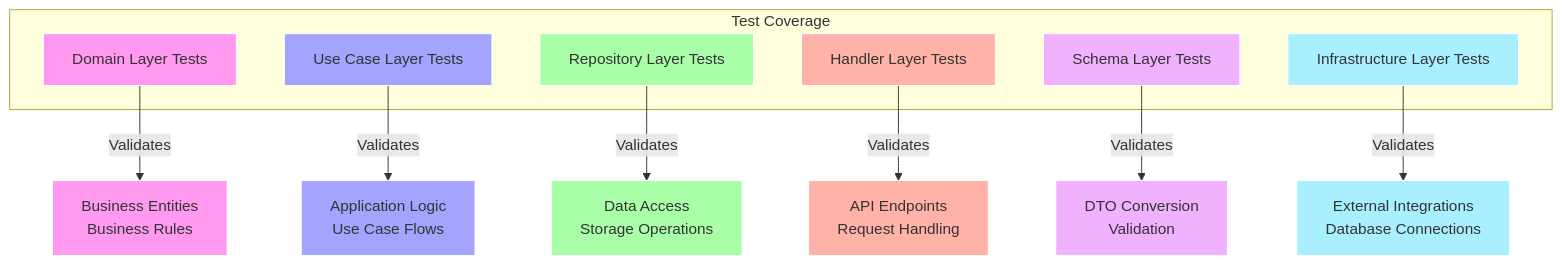
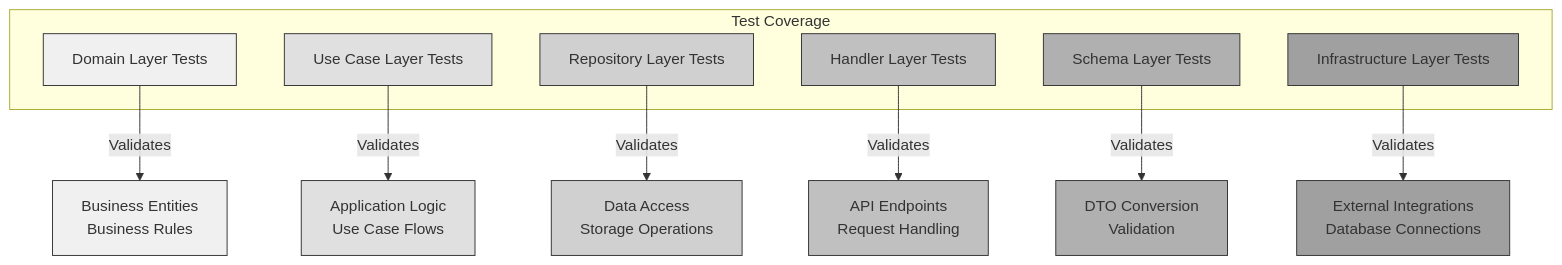
Before and after one commit to ohta-rh/go-backend-boilerplate: the fourth of 6 diagrams in README.md, drawn with Mermaid. The commit also changed other lines of this file, not shown here.

````diff
--- a/README.md
+++ b/README.md
@@ -195,32 +195,32 @@
 ```mermaid
 graph TD
     subgraph "Test Coverage"
         Domain["Domain Layer Tests"]
         UseCase["Use Case Layer Tests"]
         Repository["Repository Layer Tests"]
         Handler["Handler Layer Tests"]
         Schema["Schema Layer Tests"]
         Infra["Infrastructure Layer Tests"]
     end
     
     Domain --> |Validates| DomainEntities["Business Entities<br/>Business Rules"]
     UseCase --> |Validates| BusinessLogic["Application Logic<br/>Use Case Flows"]
     Repository --> |Validates| DataAccess["Data Access<br/>Storage Operations"]
     Handler --> |Validates| API["API Endpoints<br/>Request Handling"]
     Schema --> |Validates| DataTransformation["DTO Conversion<br/>Validation"]
     Infra --> |Validates| ExternalServices["External Integrations<br/>Database Connections"]
     
-    classDef domain fill:#ff9af0,stroke:#fff,stroke-width:1px;
-    classDef usecase fill:#a4a4ff,stroke:#fff,stroke-width:1px;
-    classDef repo fill:#a8ffa8,stroke:#fff,stroke-width:1px;
-    classDef handler fill:#ffb2a8,stroke:#fff,stroke-width:1px;
-    classDef schema fill:#f0b2ff,stroke:#fff,stroke-width:1px;
-    classDef infra fill:#a8f0ff,stroke:#fff,stroke-width:1px;
+    classDef domain fill:#f0f0f0,stroke:#333,stroke-width:1px;
+    classDef usecase fill:#e0e0e0,stroke:#333,stroke-width:1px;
+    classDef repo fill:#d0d0d0,stroke:#333,stroke-width:1px;
+    classDef handler fill:#c0c0c0,stroke:#333,stroke-width:1px;
+    classDef schema fill:#b0b0b0,stroke:#333,stroke-width:1px;
+    classDef infra fill:#a0a0a0,stroke:#333,stroke-width:1px;
     
     class Domain,DomainEntities domain;
     class UseCase,BusinessLogic usecase;
     class Repository,DataAccess repo;
     class Handler,API handler;
     class Schema,DataTransformation schema;
     class Infra,ExternalServices infra;
 ```
````
